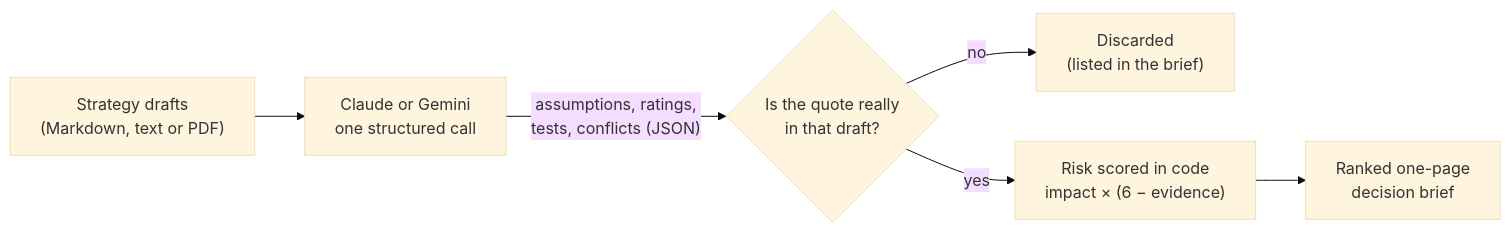
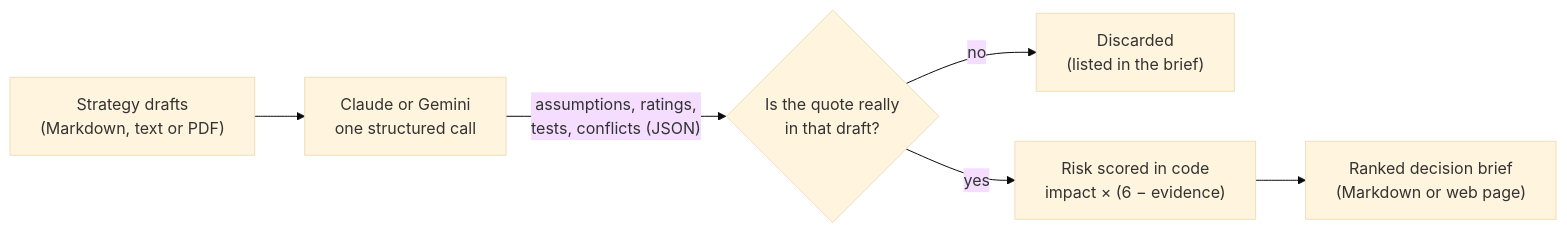
The diagram in README.md (yengnongxiong/ai-agent-consultant), drawn with Mermaid (base theme) before and after one commit. The commit also changed other lines of this file and 2 other files, not shown here.

First line of the commit message:
Document the visual brief and the measured reliability

````diff
--- a/README.md
+++ b/README.md
@@ -61,8 +86,8 @@
 ```mermaid
 flowchart LR
     A["Strategy drafts<br/>(Markdown, text or PDF)"] --> B["Claude or Gemini<br/>one structured call"]
     B -- "assumptions, ratings,<br/>tests, conflicts (JSON)" --> C{"Is the quote really<br/>in that draft?"}
     C -- no --> D["Discarded<br/>(listed in the brief)"]
     C -- yes --> E["Risk scored in code<br/>impact × (6 − evidence)"]
-    E --> F["Ranked one-page<br/>decision brief"]
+    E --> F["Ranked decision brief<br/>(Markdown or web page)"]
 ```
````
